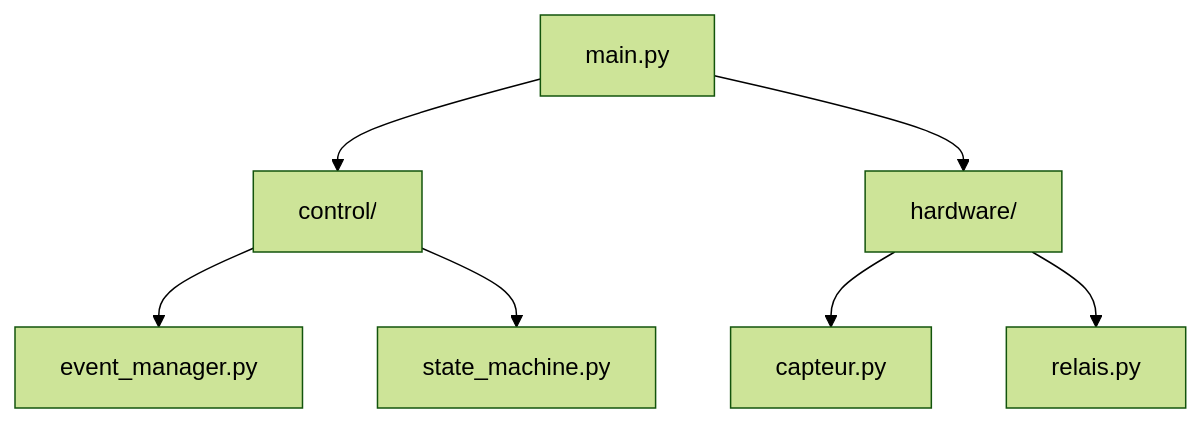
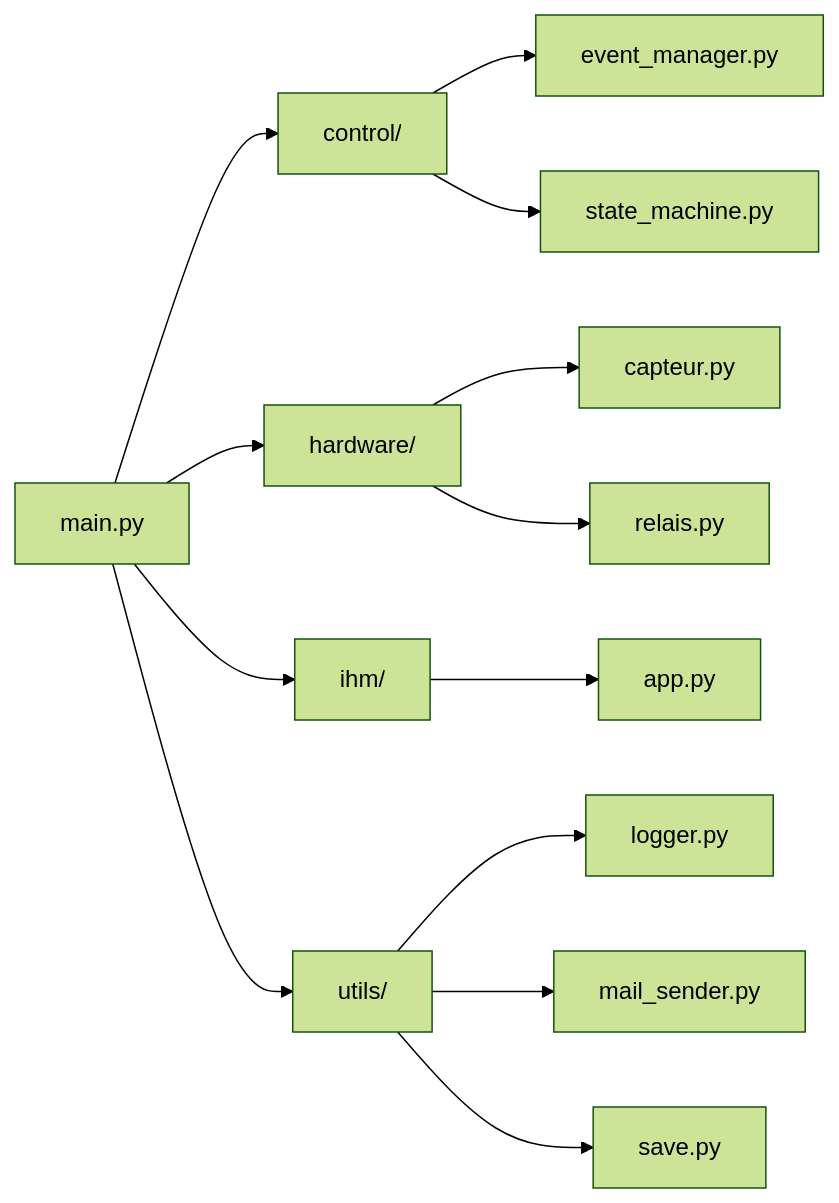
Before and after one commit to Mathieu-GRSSN/etuve-HALCYON: the diagram in README.md, drawn with Mermaid (forest theme).

Commit message:
Amélioration README.md

````diff
--- a/README.md
+++ b/README.md
@@ -85,14 +85,23 @@
 ```mermaid
-flowchart TB
+flowchart LR
 
     MAIN[main.py]
 
     MAIN --> CONTROL[control/]
     MAIN --> HARDWARE[hardware/]
+    MAIN --> IHM[ihm/]
+    MAIN --> UTILS[utils/]
 
     CONTROL --> EVENT[event_manager.py]
     CONTROL --> STATE[state_machine.py]
 
     HARDWARE --> CAPTEUR[capteur.py]
     HARDWARE --> RELAIS[relais.py]
+
+    IHM --> APP[app.py]
+
+    UTILS --> LOGGER[logger.py]
+    UTILS --> SEND[mail_sender.py]
+    UTILS --> SAVE[save.py]
+
 ```
````
